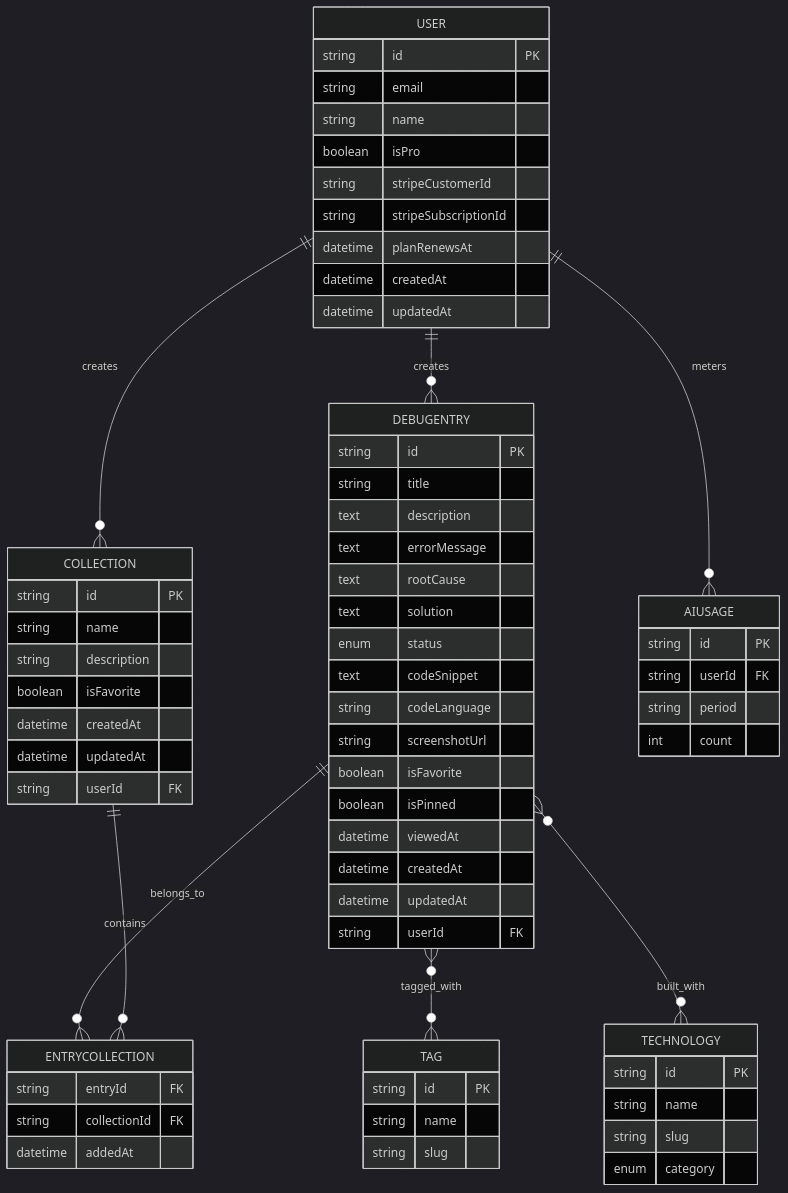
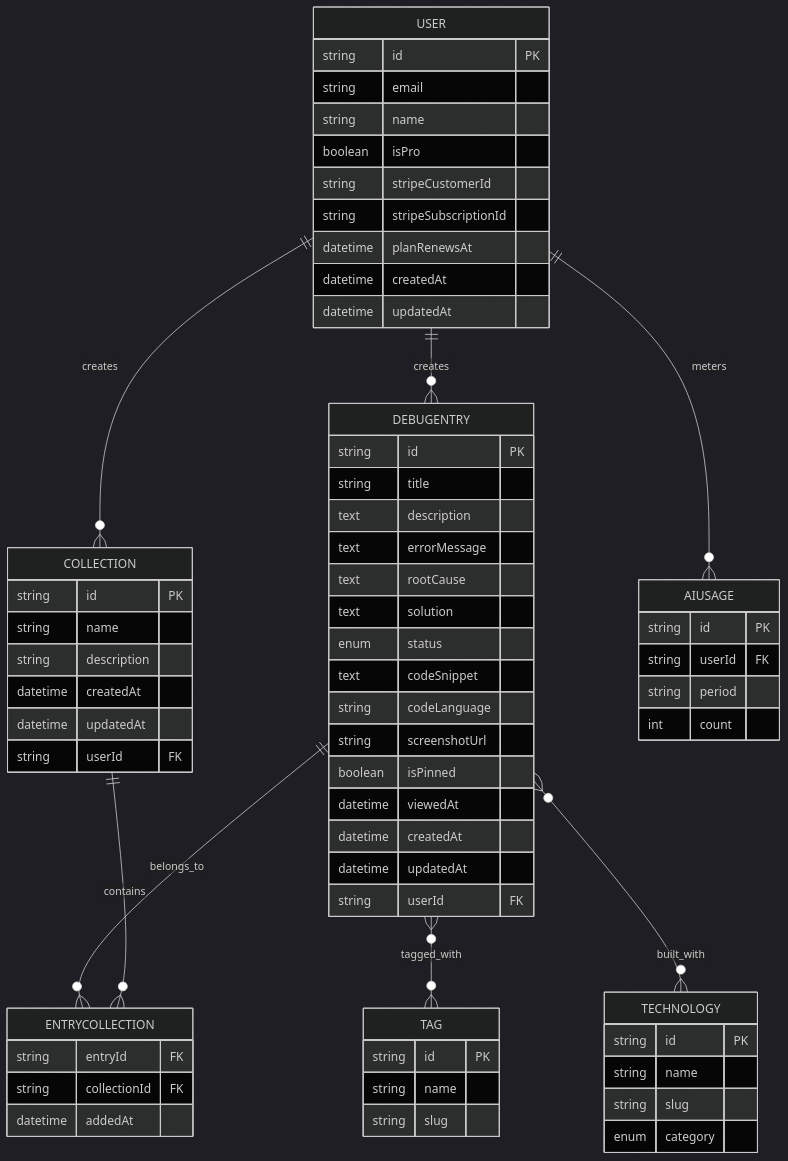
Before and after one commit to SalmanAjani/devdebug: the second of 4 diagrams in context/project-overview.md, drawn with Mermaid (dark theme). The commit also changed other lines of this file, not shown here.

````diff
--- a/context/project-overview.md
+++ b/context/project-overview.md
@@ -152,77 +151,75 @@
 ```mermaid
 erDiagram
     USER ||--o{ DEBUGENTRY : creates
     USER ||--o{ COLLECTION : creates
     USER ||--o{ AIUSAGE : meters
     DEBUGENTRY ||--o{ ENTRYCOLLECTION : belongs_to
     COLLECTION ||--o{ ENTRYCOLLECTION : contains
     DEBUGENTRY }o--o{ TAG : tagged_with
     DEBUGENTRY }o--o{ TECHNOLOGY : built_with
 
     USER {
         string id PK
         string email
         string name
         boolean isPro
         string stripeCustomerId
         string stripeSubscriptionId
         datetime planRenewsAt
         datetime createdAt
         datetime updatedAt
     }
 
     DEBUGENTRY {
         string id PK
         string title
         text description
         text errorMessage
         text rootCause
         text solution
         enum status
         text codeSnippet
         string codeLanguage
         string screenshotUrl
-        boolean isFavorite
         boolean isPinned
         datetime viewedAt
         datetime createdAt
         datetime updatedAt
         string userId FK
     }
 
     COLLECTION {
         string id PK
         string name
         string description
-        boolean isFavorite
         datetime createdAt
         datetime updatedAt
         string userId FK
     }
 
     ENTRYCOLLECTION {
         string entryId FK
         string collectionId FK
         datetime addedAt
     }
 
     TAG {
         string id PK
         string name
         string slug
     }
 
     TECHNOLOGY {
         string id PK
         string name
         string slug
         enum category
     }
 
     AIUSAGE {
         string id PK
         string userId FK
         string period
         int count
     }
 ```
````
